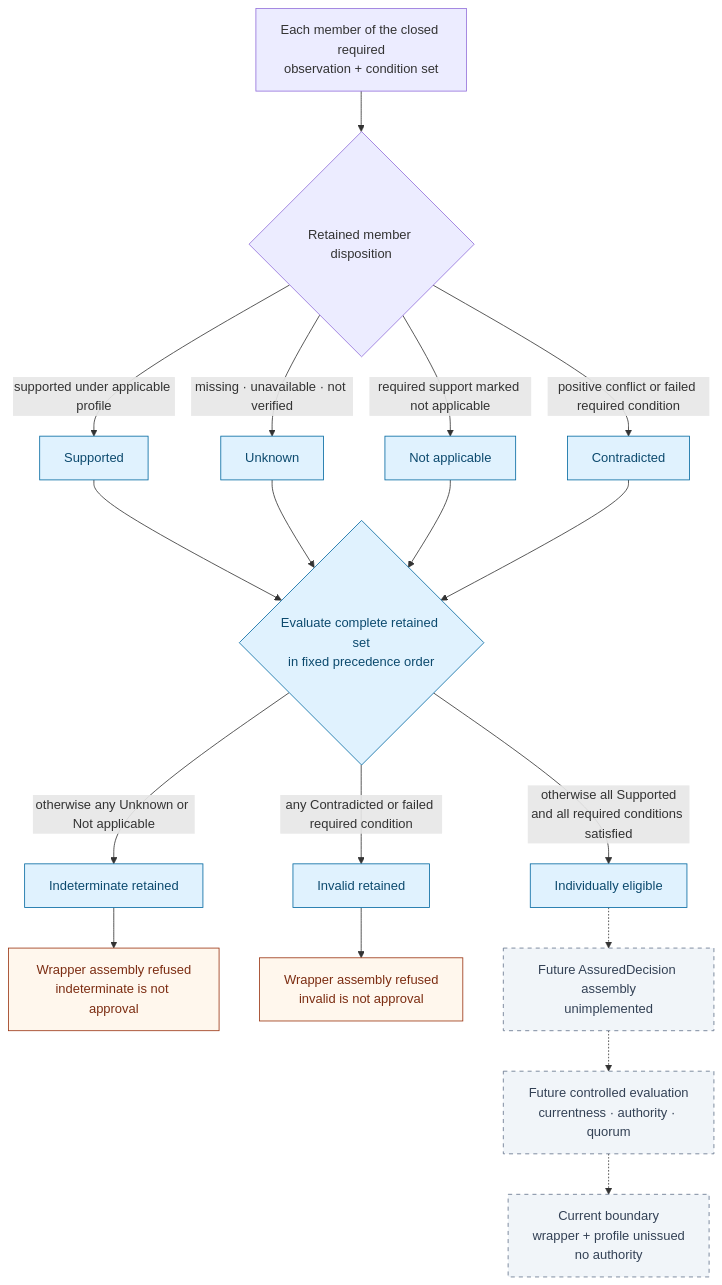
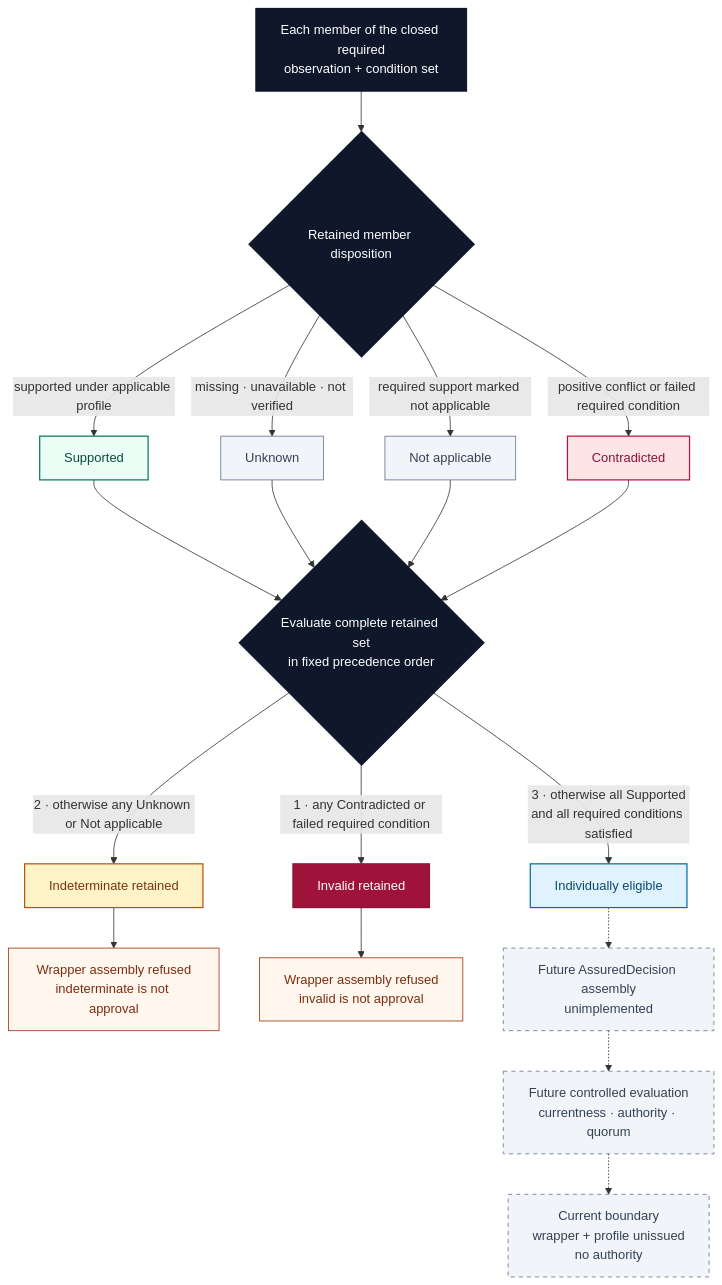
Before and after one commit to manfromnowhere143/odeya: the second of 2 diagrams in docs/HUMAN_DECISION_ASSURANCE.md, drawn with Mermaid. The commit also changed other lines of this file and 21 other files, not shown here.

Commit message:
architecture: gate frontier research value claims

````diff
--- a/docs/HUMAN_DECISION_ASSURANCE.md
+++ b/docs/HUMAN_DECISION_ASSURANCE.md
@@ -269,27 +276,43 @@
 ```mermaid
 flowchart TB
+    accTitle: Human-decision assurance evidence disposition and precedence
+    accDescr: Each required member is retained as supported, unknown, not applicable, or contradicted. Contradiction yields invalid; otherwise unknown or not applicable yields indeterminate; only all-supported evidence with every required condition satisfied is individually eligible, never approval or authority.
+
     O[Each member of the closed required<br/>observation + condition set] --> C{Retained member disposition}
     C -->|supported under applicable profile| S[Supported]
     C -->|missing · unavailable · not verified| U[Unknown]
     C -->|required support marked not applicable| NA[Not applicable]
     C -->|positive conflict or failed required condition| X[Contradicted]
     S --> A{Evaluate complete retained set<br/>in fixed precedence order}
     U --> A
     NA --> A
     X --> A
-    A -->|any Contradicted or failed required condition| INV[Invalid retained]
-    A -->|otherwise any Unknown or Not applicable| IND[Indeterminate retained]
-    A -->|otherwise all Supported<br/>and all required conditions satisfied| IE[Individually eligible]
+
+    A -->|1 · any Contradicted or failed required condition| INV[Invalid retained]
+    A -->|2 · otherwise any Unknown or Not applicable| IND[Indeterminate retained]
+    A -->|3 · otherwise all Supported<br/>and all required conditions satisfied| IE[Individually eligible]
     IND --> RI[Wrapper assembly refused<br/>indeterminate is not approval]
     INV --> RV[Wrapper assembly refused<br/>invalid is not approval]
     IE -.-> W[Future AssuredDecision assembly<br/>unimplemented]
     W -.-> CE[Future controlled evaluation<br/>currentness · authority · quorum]
     CE -.-> B[Current boundary<br/>wrapper + profile unissued<br/>no authority]
 
-    classDef retainedCandidate fill:#E0F2FE,stroke:#0369A1,color:#0C4A6E
+    classDef supported fill:#ECFDF5,stroke:#047857,stroke-width:1.5px,color:#064E3B
+    classDef unknown fill:#F1F5F9,stroke:#64748B,stroke-width:1px,color:#334155
+    classDef contradicted fill:#FFE4E6,stroke:#BE123C,stroke-width:1.5px,color:#881337
+    classDef gate fill:#0F172A,stroke:#0F172A,stroke-width:1.5px,color:#FFFFFF
+    classDef invalid fill:#9F1239,stroke:#881337,stroke-width:1.5px,color:#FFFFFF
+    classDef indeterminate fill:#FEF3C7,stroke:#B45309,stroke-width:1.5px,color:#78350F
+    classDef eligible fill:#E0F2FE,stroke:#0369A1,stroke-width:1.5px,color:#0C4A6E
     classDef refused fill:#FFF7ED,stroke:#9A3412,color:#7C2D12
     classDef later fill:#F1F5F9,stroke:#64748B,color:#334155,stroke-dasharray: 5 5
-    class S,U,NA,X,A,IE,IND,INV retainedCandidate
+    class O,C,A gate
+    class S supported
+    class U,NA unknown
+    class X contradicted
+    class INV invalid
+    class IND indeterminate
+    class IE eligible
     class RI,RV refused
     class W,CE,B later
 ```
````
